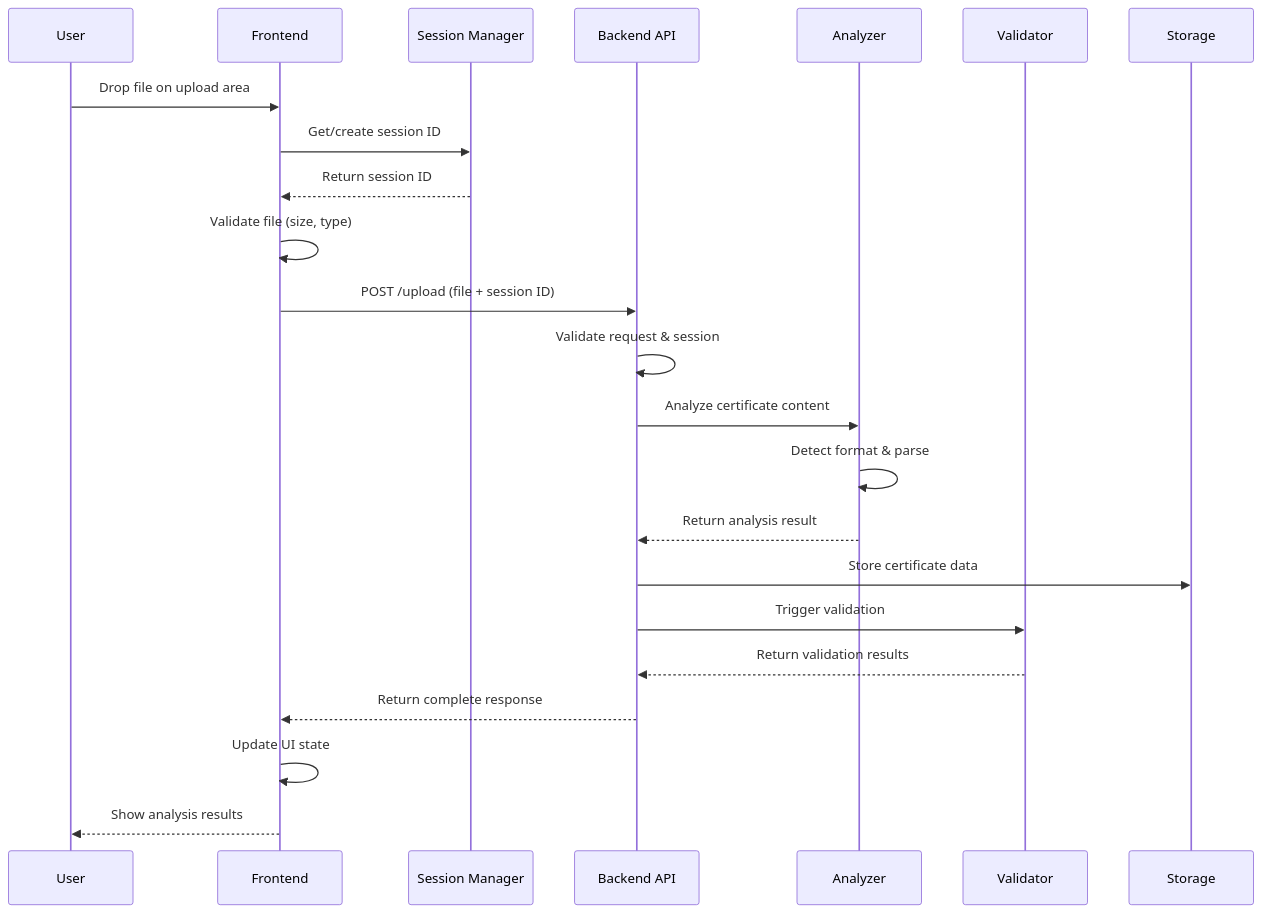
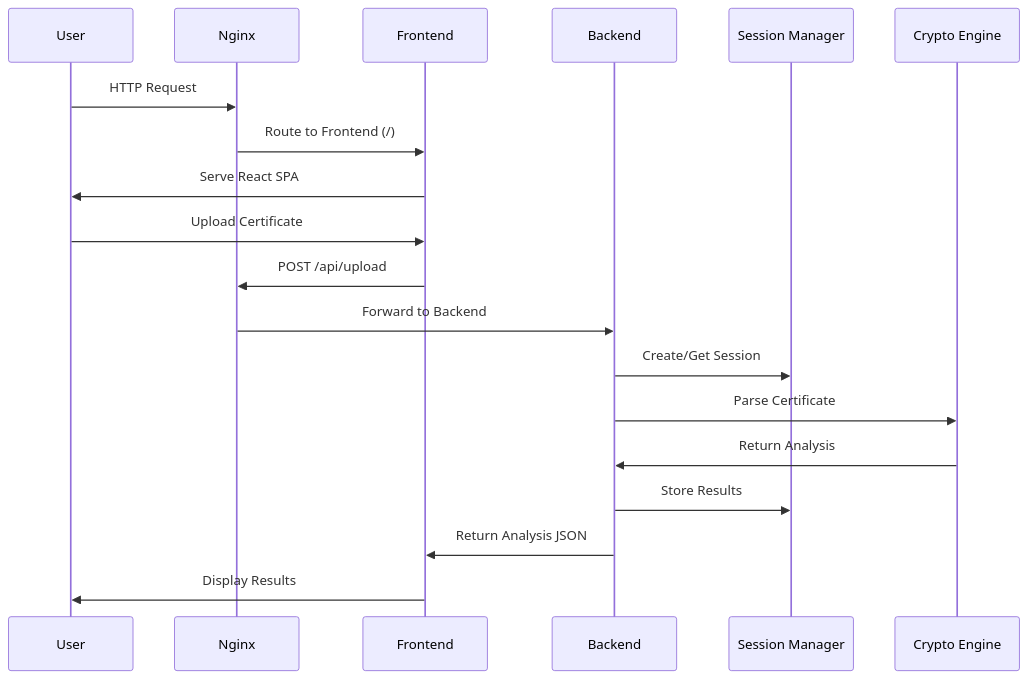
Before and after one commit to fuhdan/certificate-tools: the third of 9 diagrams in TECHNICAL.md, drawn with Mermaid. The commit also changed other lines of this file and 1 other file, not shown here.

````diff
--- a/TECHNICAL.md
+++ b/TECHNICAL.md
@@ -1160,26 +708,23 @@
 ```mermaid
 sequenceDiagram
     participant U as User
+    participant N as Nginx
     participant F as Frontend
+    participant B as Backend
     participant S as Session Manager
-    participant B as Backend API
-    participant A as Analyzer
-    participant V as Validator
-    participant DB as Storage
+    participant C as Crypto Engine
     
-    U->>F: Drop file on upload area
-    F->>S: Get/create session ID
-    S-->>F: Return session ID
-    F->>F: Validate file (size, type)
-    F->>B: POST /upload (file + session ID)
-    B->>B: Validate request & session
-    B->>A: Analyze certificate content
-    A->>A: Detect format & parse
-    A-->>B: Return analysis result
-    B->>DB: Store certificate data
-    B->>V: Trigger validation
-    V-->>B: Return validation results
-    B-->>F: Return complete response
-    F->>F: Update UI state
-    F-->>U: Show analysis results
+    U->>N: HTTP Request
+    N->>F: Route to Frontend (/)
+    F->>U: Serve React SPA
+    
+    U->>F: Upload Certificate
+    F->>N: POST /api/upload
+    N->>B: Forward to Backend
+    B->>S: Create/Get Session
+    B->>C: Parse Certificate
+    C->>B: Return Analysis
+    B->>S: Store Results
+    B->>F: Return Analysis JSON
+    F->>U: Display Results
 ```
````
